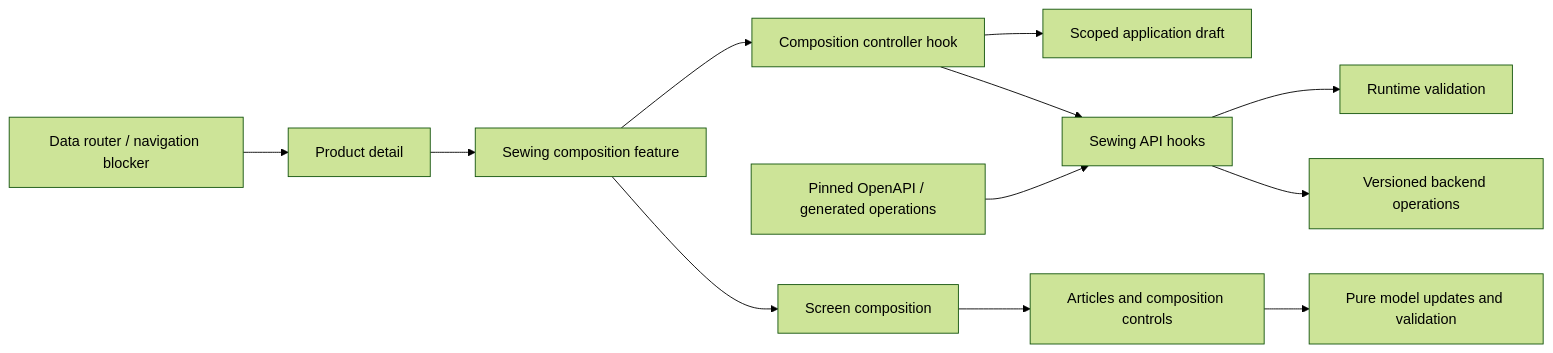
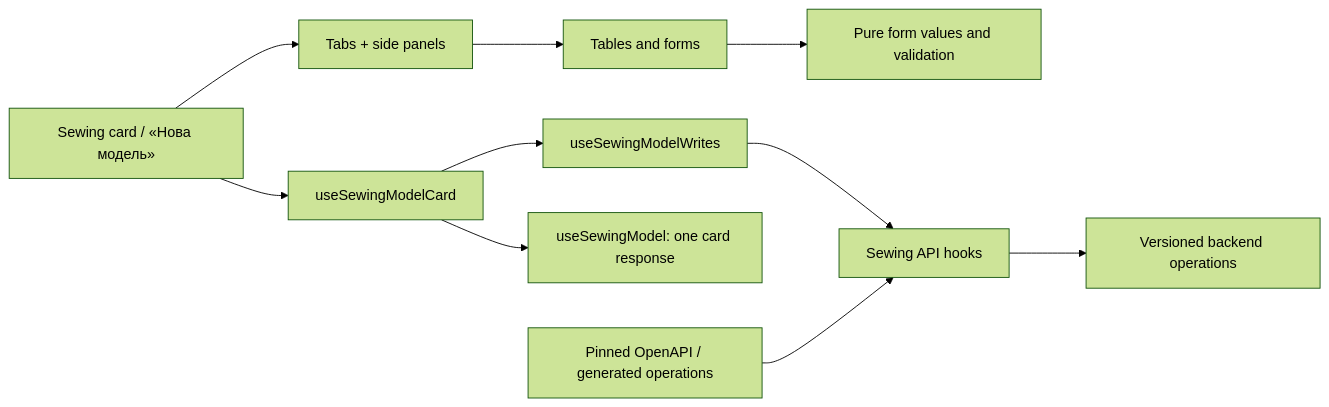
One commit to Weretik/brevi-web changed the diagram in docs/features/admin/products/sewing-composition.md. Above: the diagram before and after it, drawn with Mermaid (forest theme). The commit also changed other lines of this file and 247 other files, not shown here.

First line of the commit message:
feat(admin-products): client feedback — server list, no review marks, fabric variants, card in one request (014…017) (#33)

````diff
--- a/docs/features/admin/products/sewing-composition.md
+++ b/docs/features/admin/products/sewing-composition.md
@@ -35,14 +35,12 @@
 ```mermaid
 flowchart LR
-    Router[Data router / navigation blocker] --> Detail[Product detail]
-    Detail --> Feature[Sewing composition feature]
-    Feature --> Controller[Composition controller hook]
-    Controller --> Draft[Scoped application draft]
-    Feature --> Screen[Screen composition]
-    Screen --> UI[Articles and composition controls]
-    Controller --> Data[Sewing API hooks]
-    UI --> Rules[Pure model updates and validation]
-    Data --> Mapper[Runtime validation]
+    Card[Sewing card / «Нова модель»] --> Hook[useSewingModelCard]
+    Hook --> Model[useSewingModel: one card response]
+    Hook --> Writes[useSewingModelWrites]
+    Card --> Tabs[Tabs + side panels]
+    Tabs --> UI[Tables and forms]
+    UI --> Rules[Pure form values and validation]
+    Writes --> Data[Sewing API hooks]
     Data --> Backend[Versioned backend operations]
     Contract[Pinned OpenAPI / generated operations] --> Data
 ```
````
